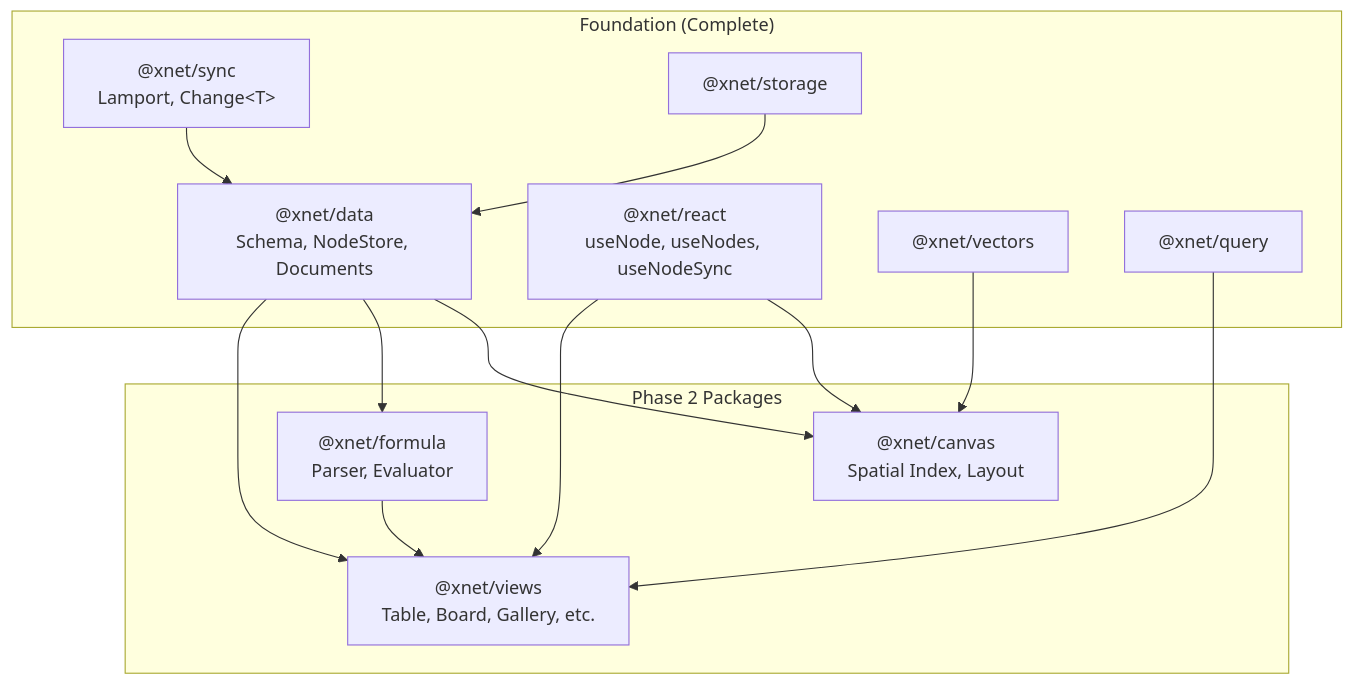
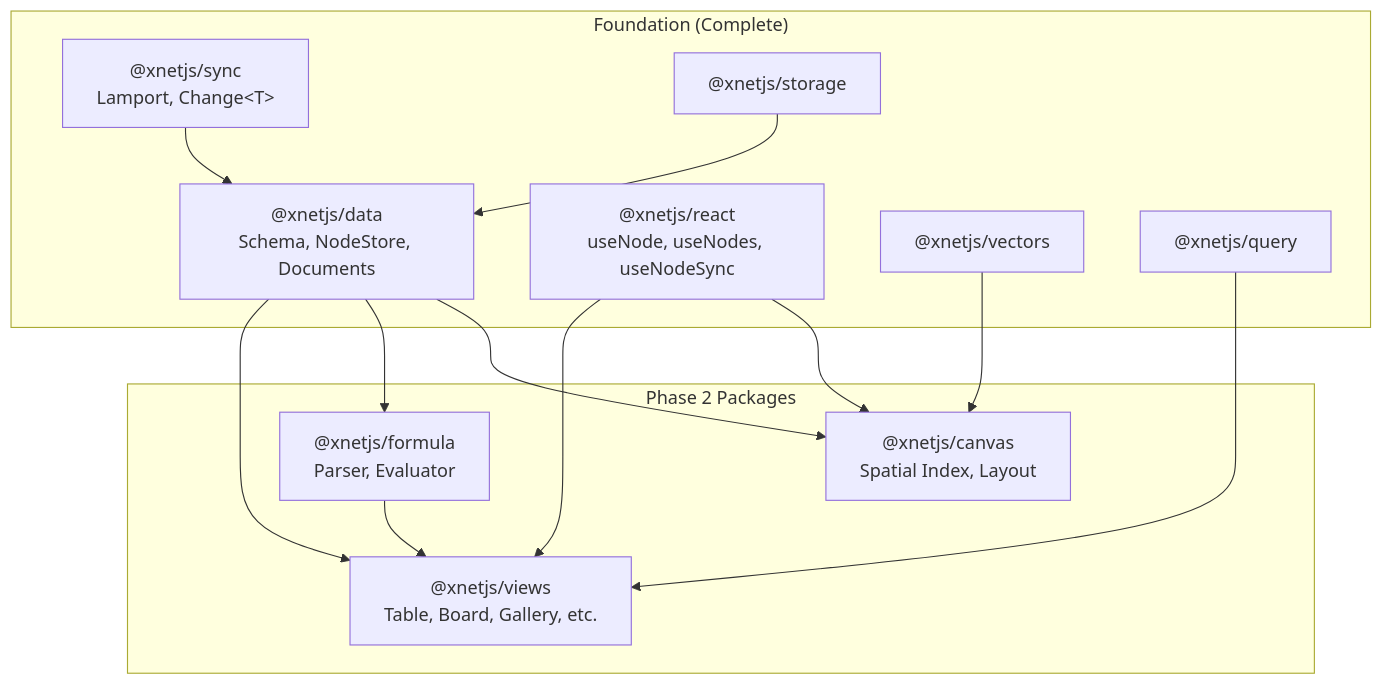
Before and after one commit to crs48/xNet: the first of 3 diagrams in docs/plans/plan02DatabasePlatform/00-overview.md, drawn with Mermaid. The commit also changed other lines of this file and 980 other files, not shown here.

````diff
--- a/docs/plans/plan02DatabasePlatform/00-overview.md
+++ b/docs/plans/plan02DatabasePlatform/00-overview.md
@@ -38,28 +38,28 @@
 ```mermaid
 flowchart TD
     subgraph "Phase 2 Packages"
-        VIEWS["@xnet/views<br/>Table, Board, Gallery, etc."]
-        FORMULA["@xnet/formula<br/>Parser, Evaluator"]
-        CANVAS["@xnet/canvas<br/>Spatial Index, Layout"]
+        VIEWS["@xnetjs/views<br/>Table, Board, Gallery, etc."]
+        FORMULA["@xnetjs/formula<br/>Parser, Evaluator"]
+        CANVAS["@xnetjs/canvas<br/>Spatial Index, Layout"]
     end
 
     subgraph "Foundation (Complete)"
-        DATA["@xnet/data<br/>Schema, NodeStore, Documents"]
-        SYNC["@xnet/sync<br/>Lamport, Change&lt;T&gt;"]
-        STORAGE["@xnet/storage"]
-        REACT["@xnet/react<br/>useNode, useNodes, useNodeSync"]
-        VECTORS["@xnet/vectors"]
-        QUERY["@xnet/query"]
+        DATA["@xnetjs/data<br/>Schema, NodeStore, Documents"]
+        SYNC["@xnetjs/sync<br/>Lamport, Change&lt;T&gt;"]
+        STORAGE["@xnetjs/storage"]
+        REACT["@xnetjs/react<br/>useNode, useNodes, useNodeSync"]
+        VECTORS["@xnetjs/vectors"]
+        QUERY["@xnetjs/query"]
     end
 
     SYNC --> DATA
     STORAGE --> DATA
     DATA --> VIEWS
     DATA --> FORMULA
     DATA --> CANVAS
     REACT --> VIEWS
     REACT --> CANVAS
     VECTORS --> CANVAS
     QUERY --> VIEWS
     FORMULA --> VIEWS
 ```
````
